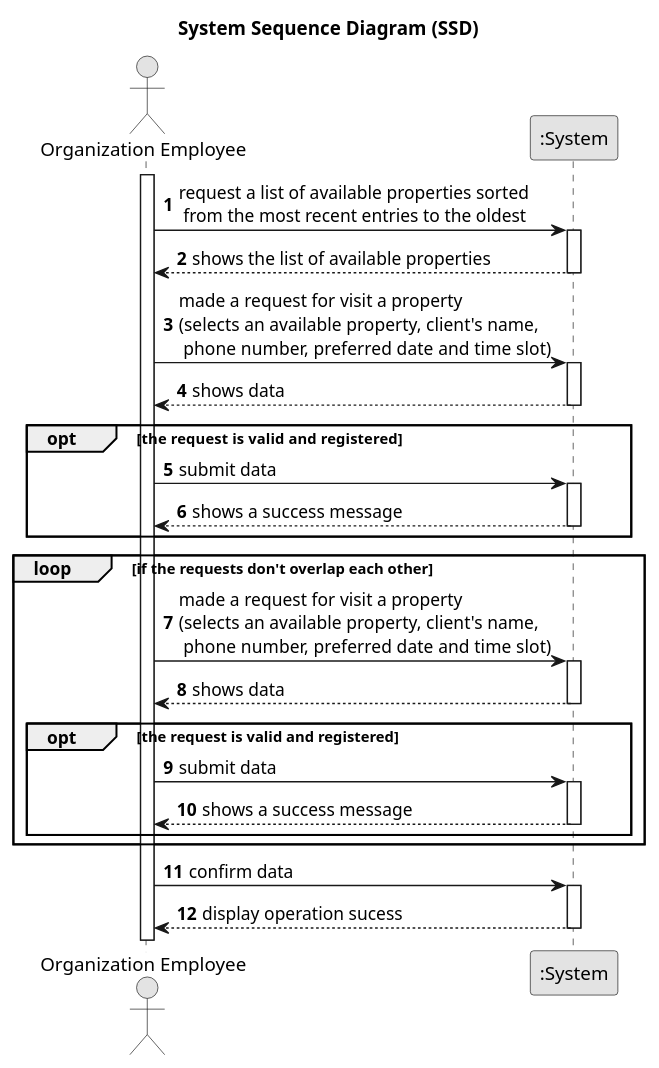
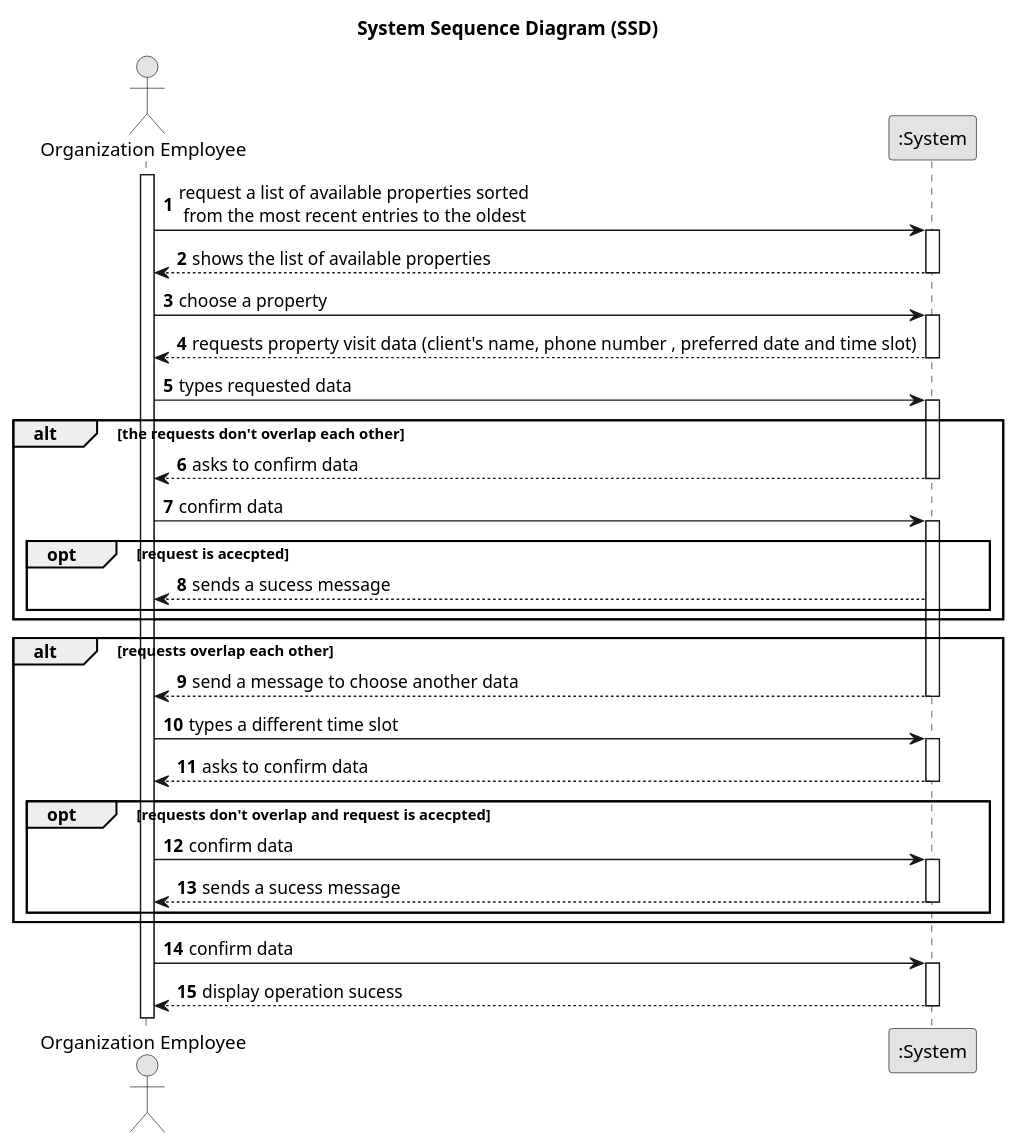
Before and after one commit to Rodrick0209/ISEP-LAPR2-22-23: the diagram in docs/Sprint-C/US009/01.requirements-engineering/puml/us009-system-sequence-diagram-alternative-one.puml, drawn with PlantUML. The commit also changed 4 other files, not shown here.

```diff
--- a/docs/Sprint-C/US009/01.requirements-engineering/puml/us009-system-sequence-diagram-alternative-one.puml
+++ b/docs/Sprint-C/US009/01.requirements-engineering/puml/us009-system-sequence-diagram-alternative-one.puml
@@ -1,67 +1,72 @@
 @startuml
 skinparam monochrome true
 skinparam packageStyle rectangle
 skinparam shadowing false
 
 title System Sequence Diagram (SSD)
 
 autonumber
 
 actor "Organization Employee" as Employee
 participant ":System" as System
 
 activate Employee
 
 
     Employee -> System : request a list of available properties sorted\n from the most recent entries to the oldest
     activate System
 
         System --> Employee : shows the list of available properties
     deactivate System
 
-    Employee -> System : made a request for visit a property \n(selects an available property, client's name,\n phone number, preferred date and time slot)
+    Employee -> System :  choose a property
     activate System
 
-        System --> Employee : shows data
+        System --> Employee : requests property visit data (client's name, phone number , preferred date and time slot)
     deactivate System
 
-opt the  request is valid and registered
+    Employee -> System : types requested data
+    activate System
 
-     Employee -> System : submit data
-        activate System
+alt the requests don't overlap each other
 
-        System --> Employee : shows a success message
+        System --> Employee : asks to confirm data
     deactivate System
+
+    Employee -> System : confirm data
+    activate System
+
+opt request is acecpted
+    System --> Employee :sends a sucess message
+end
+end
+alt requests overlap each other
+
+    System --> Employee : send a message to choose another data
+    deactivate System
+
+    Employee -> System : types a different time slot
+    activate System
+
+    System --> Employee : asks to confirm data
+    deactivate System
+
+    opt requests don't overlap and request is acecpted
+        Employee -> System : confirm data
+            activate System
+
+        System --> Employee :sends a sucess message
+            deactivate System
+    end
+
 end
 
-
-loop  if the requests don't overlap each other
-    Employee -> System : made a request for visit a property \n(selects an available property, client's name,\n phone number, preferred date and time slot)
-        activate System
-
-
-            System --> Employee : shows data
-        deactivate System
-
-opt  the request is valid and registered
-
-     Employee -> System : submit data
-        activate System
-
-        System --> Employee : shows a success message
     deactivate System
 
-
-end
-end
-
-Employee -> System : confirm data
+     Employee -> System : confirm data
 
      activate System
 
             System --> Employee : display operation sucess
      deactivate System
-
-
-
 @enduml
```
